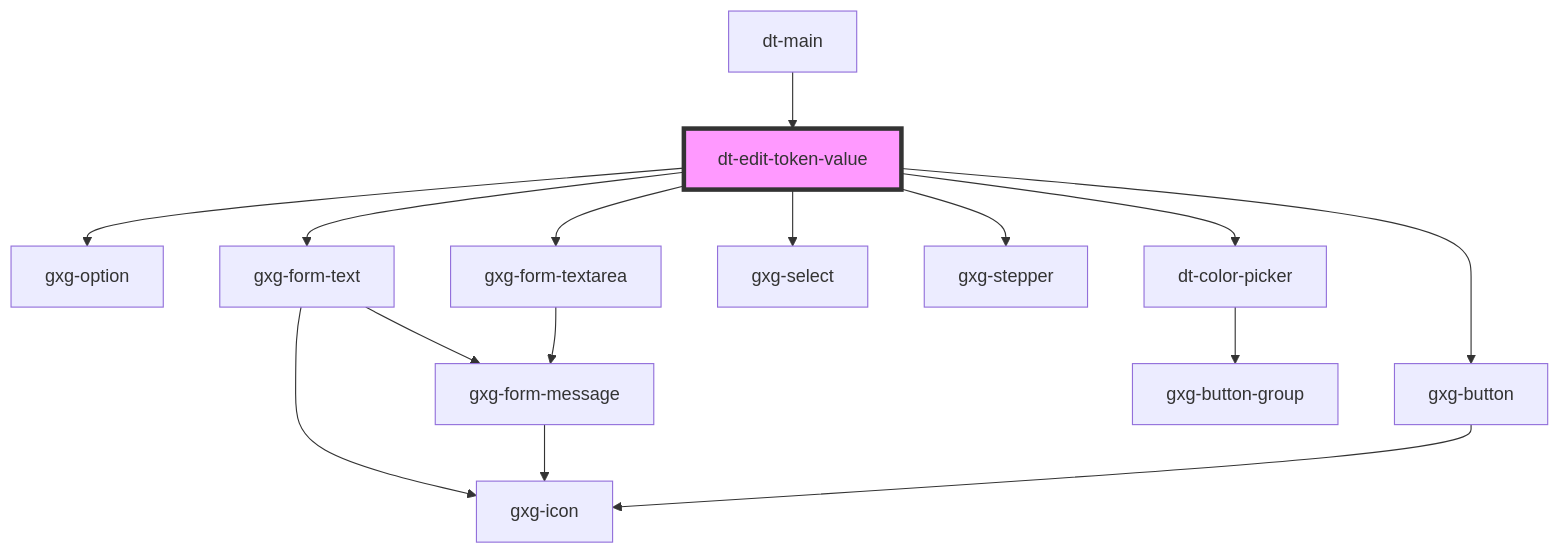
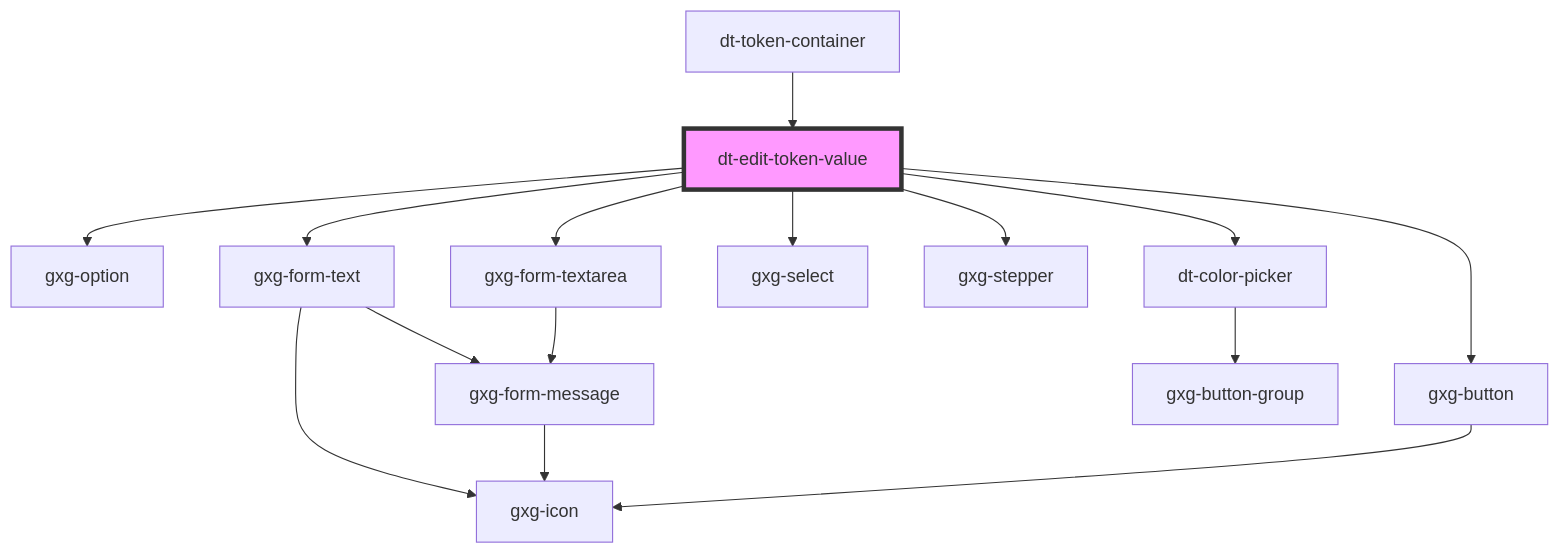
The diagram in src/components/edit-token-value/readme.md (genexuslabs/design-tokens-editor), drawn with Mermaid before and after one commit. The commit also changed other lines of this file and 33 other files, not shown here.

Commit message:
finish token-container code

````diff
--- a/src/components/edit-token-value/readme.md
+++ b/src/components/edit-token-value/readme.md
@@ -44,18 +47,18 @@
 ```mermaid
 graph TD;
   dt-edit-token-value --> gxg-option
   dt-edit-token-value --> gxg-form-text
   dt-edit-token-value --> dt-color-picker
   dt-edit-token-value --> gxg-select
   dt-edit-token-value --> gxg-stepper
   dt-edit-token-value --> gxg-form-textarea
   dt-edit-token-value --> gxg-button
   gxg-form-text --> gxg-icon
   gxg-form-text --> gxg-form-message
   gxg-form-message --> gxg-icon
   dt-color-picker --> gxg-button-group
   gxg-form-textarea --> gxg-form-message
   gxg-button --> gxg-icon
-  dt-main --> dt-edit-token-value
+  dt-token-container --> dt-edit-token-value
   style dt-edit-token-value fill:#f9f,stroke:#333,stroke-width:4px
 ```
````
